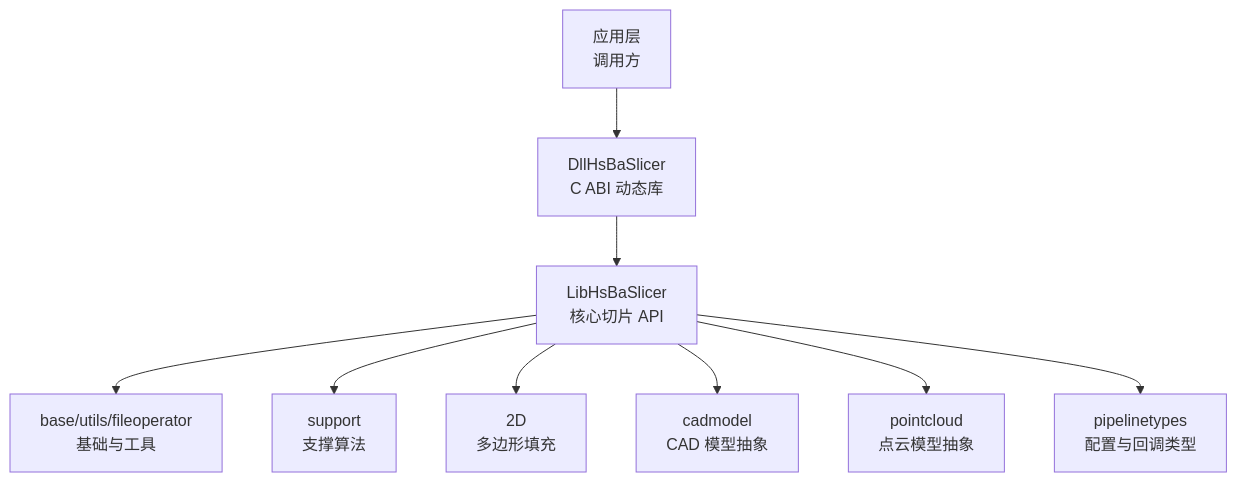
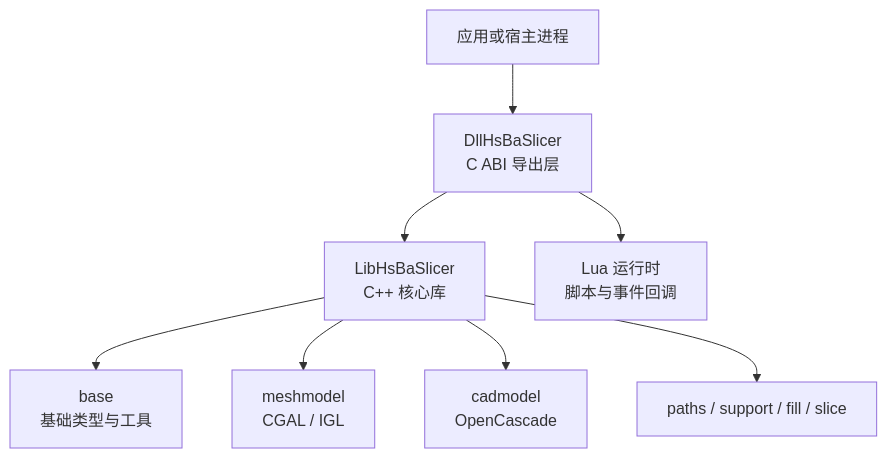
The first of 6 diagrams in .qoder/repowiki/zh/content/扩展开发指南/扩展开发指南.md (hsmbanlance/HsBaSlicer), drawn with Mermaid before and after one commit. The commit also changed other lines of this file and 1095 other files, not shown here.

````diff
--- a/.qoder/repowiki/zh/content/扩展开发指南/扩展开发指南.md
+++ b/.qoder/repowiki/zh/content/扩展开发指南/扩展开发指南.md
@@ -52,11 +64,10 @@
 ```mermaid
 graph TB
-A["应用层<br/>调用方"] --> B["DllHsBaSlicer<br/>C ABI 动态库"]
-B --> C["LibHsBaSlicer<br/>核心切片 API"]
-C --> D["base/utils/fileoperator<br/>基础与工具"]
-C --> E["support<br/>支撑算法"]
-C --> F["2D<br/>多边形填充"]
-C --> G["cadmodel<br/>CAD 模型抽象"]
-C --> H["pointcloud<br/>点云模型抽象"]
-C --> I["pipelinetypes<br/>配置与回调类型"]
+A["应用或宿主进程"] --> B["DllHsBaSlicer<br/>C ABI 导出层"]
+B --> C["LibHsBaSlicer<br/>C++ 核心库"]
+C --> D["base<br/>基础类型与工具"]
+C --> E["meshmodel<br/>CGAL / IGL"]
+C --> F["cadmodel<br/>OpenCascade"]
+C --> G["paths / support / fill / slice"]
+B --> H["Lua 运行时<br/>脚本与事件回调"]
 ```
````
